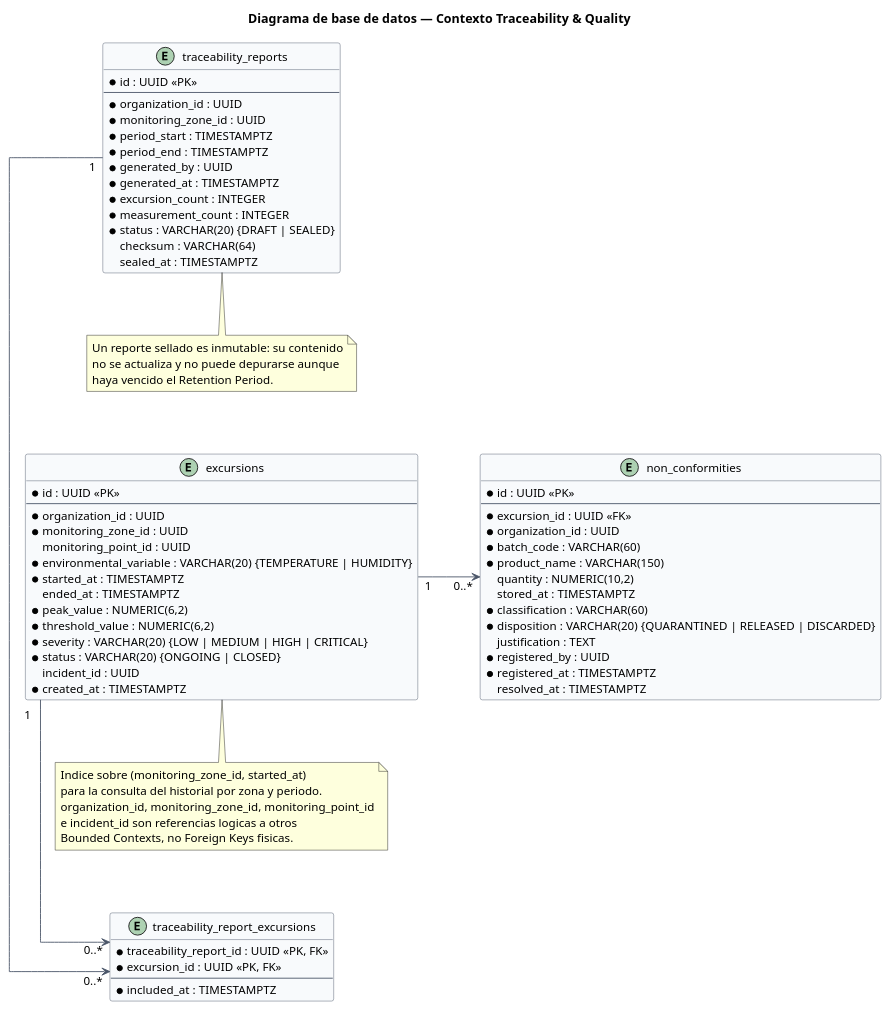
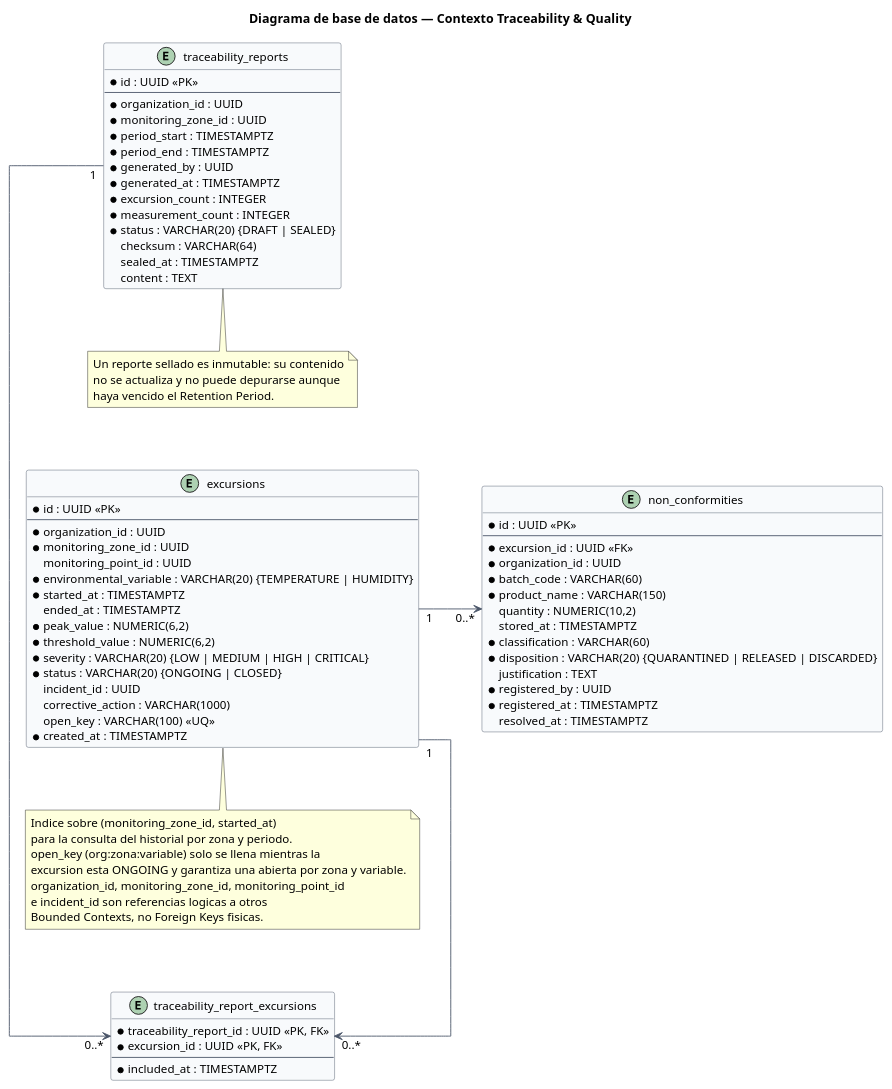
The diagram in assets/diagrams/chapter-4/traceability-quality/database-design-diagram-traceability-quality.puml (MachineGuard/MachineGuard-Documentation), drawn with PlantUML before and after one commit. The commit also changed 1 other file, not shown here.

Commit message:
docs(chapter4): add corrective_action, open_key and content columns to Traceability and Quality database design

```diff
--- a/assets/diagrams/chapter-4/traceability-quality/database-design-diagram-traceability-quality.puml
+++ b/assets/diagrams/chapter-4/traceability-quality/database-design-diagram-traceability-quality.puml
@@ -1,92 +1,97 @@
 @startuml
 title Diagrama de base de datos — Contexto Traceability & Quality
 
 left to right direction
 skinparam backgroundColor white
 skinparam shadowing false
 skinparam defaultFontName Arial
 skinparam defaultFontSize 13
 skinparam classBorderColor #4A5568
 skinparam classBackgroundColor #F8FAFC
 skinparam ArrowColor #4A5568
 skinparam linetype ortho
 skinparam nodesep 70
 skinparam ranksep 70
 hide methods
 hide stereotypes
 
 entity excursions {
   * id : UUID <<PK>>
   --
   * organization_id : UUID
   * monitoring_zone_id : UUID
   monitoring_point_id : UUID
   * environmental_variable : VARCHAR(20) {TEMPERATURE | HUMIDITY}
   * started_at : TIMESTAMPTZ
   ended_at : TIMESTAMPTZ
   * peak_value : NUMERIC(6,2)
   * threshold_value : NUMERIC(6,2)
   * severity : VARCHAR(20) {LOW | MEDIUM | HIGH | CRITICAL}
   * status : VARCHAR(20) {ONGOING | CLOSED}
   incident_id : UUID
+  corrective_action : VARCHAR(1000)
+  open_key : VARCHAR(100) <<UQ>>
   * created_at : TIMESTAMPTZ
 }
 
 entity traceability_reports {
   * id : UUID <<PK>>
   --
   * organization_id : UUID
   * monitoring_zone_id : UUID
   * period_start : TIMESTAMPTZ
   * period_end : TIMESTAMPTZ
   * generated_by : UUID
   * generated_at : TIMESTAMPTZ
   * excursion_count : INTEGER
   * measurement_count : INTEGER
   * status : VARCHAR(20) {DRAFT | SEALED}
   checksum : VARCHAR(64)
   sealed_at : TIMESTAMPTZ
+  content : TEXT
 }
 
 entity traceability_report_excursions {
   * traceability_report_id : UUID <<PK, FK>>
   * excursion_id : UUID <<PK, FK>>
   --
   * included_at : TIMESTAMPTZ
 }
 
 entity non_conformities {
   * id : UUID <<PK>>
   --
   * excursion_id : UUID <<FK>>
   * organization_id : UUID
   * batch_code : VARCHAR(60)
   * product_name : VARCHAR(150)
   quantity : NUMERIC(10,2)
   stored_at : TIMESTAMPTZ
   * classification : VARCHAR(60)
   * disposition : VARCHAR(20) {QUARANTINED | RELEASED | DISCARDED}
   justification : TEXT
   * registered_by : UUID
   * registered_at : TIMESTAMPTZ
   resolved_at : TIMESTAMPTZ
 }
 
 excursions "1" -down-> "0..*" non_conformities
 traceability_reports "1" -right-> "0..*" traceability_report_excursions
 excursions "1" -right-> "0..*" traceability_report_excursions
 
 note bottom of excursions
   Indice sobre (monitoring_zone_id, started_at)
   para la consulta del historial por zona y periodo.
+  open_key (org:zona:variable) solo se llena mientras la
+  excursion esta ONGOING y garantiza una abierta por zona y variable.
   organization_id, monitoring_zone_id, monitoring_point_id
   e incident_id son referencias logicas a otros
   Bounded Contexts, no Foreign Keys fisicas.
 end note
 
 note bottom of traceability_reports
   Un reporte sellado es inmutable: su contenido
   no se actualiza y no puede depurarse aunque
   haya vencido el Retention Period.
 end note
 @enduml
```
